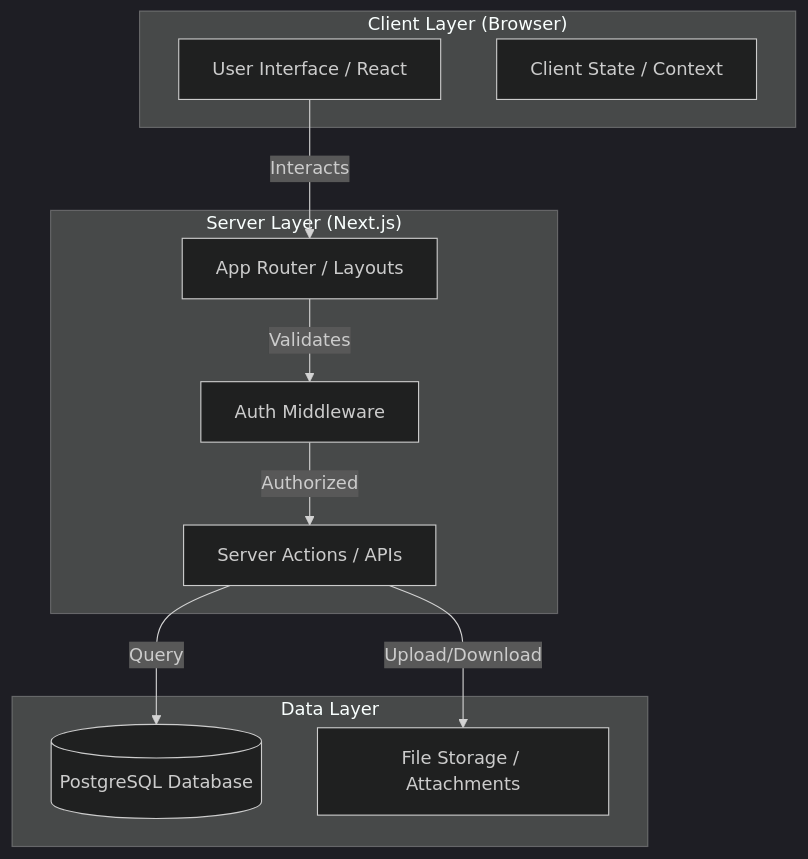
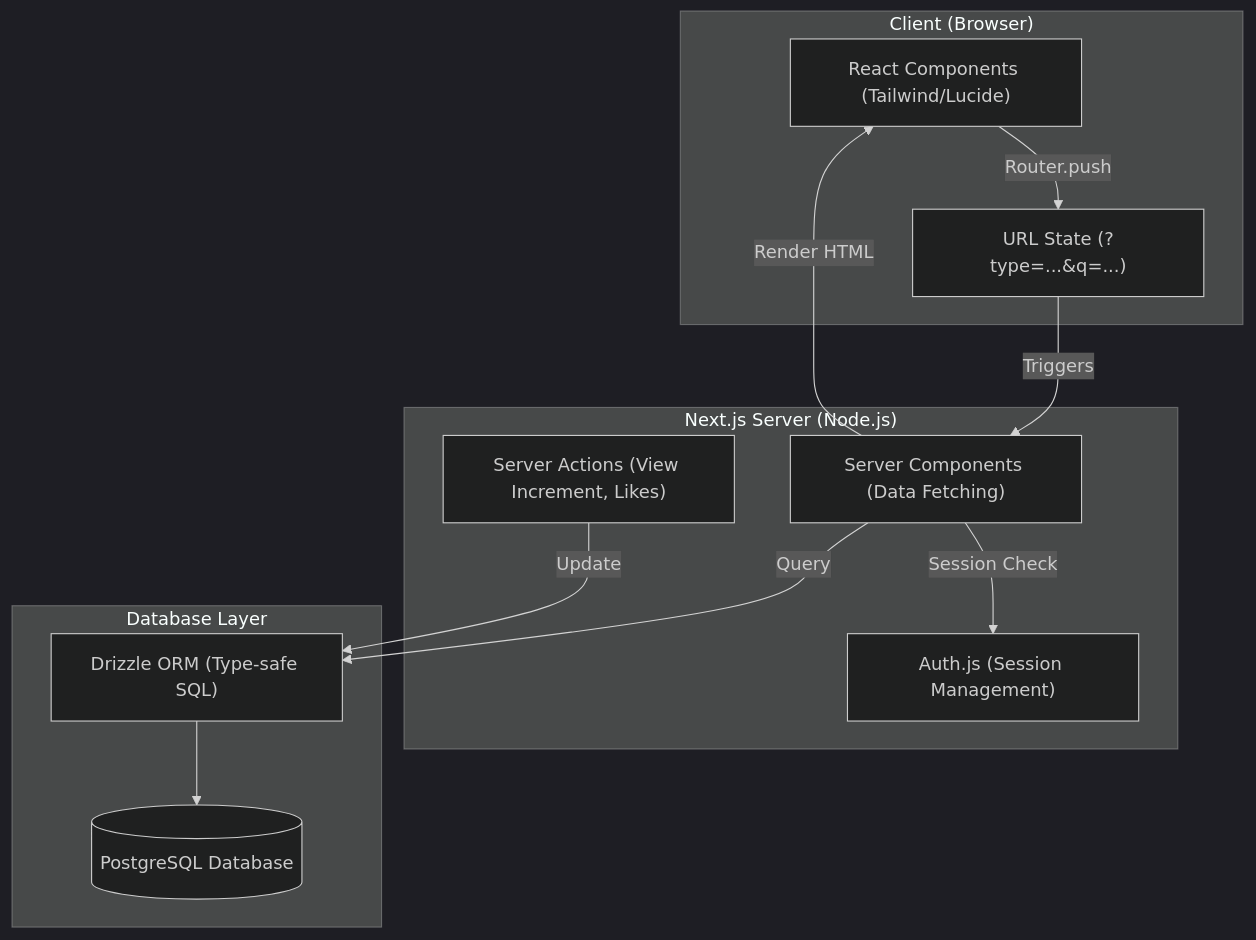
The diagram in docs/system-architecture.md (maruvici/info-hub), drawn with Mermaid (dark theme) before and after one commit. The commit also changed 13 other files, not shown here.

````diff
--- a/docs/system-architecture.md
+++ b/docs/system-architecture.md
@@ -1,24 +1,26 @@
 ```mermaid
 graph TD
-    subgraph Client ["Client Layer (Browser)"]
-        UI[User Interface / React]
-        Store[Client State / Context]
+    subgraph Client_Browser ["Client (Browser)"]
+        UI["React Components (Tailwind/Lucide)"]
+        State["URL State (?type=...&q=...)"]
     end
 
-    subgraph Server ["Server Layer (Next.js)"]
-        Router[App Router / Layouts]
-        Auth[Auth Middleware]
-        API[Server Actions / APIs]
+    subgraph NextJS_Server ["Next.js Server (Node.js)"]
+        Auth["Auth.js (Session Management)"]
+        Page["Server Components (Data Fetching)"]
+        Actions["Server Actions (View Increment, Likes)"]
     end
 
-    subgraph Data ["Data Layer"]
-        DB[(PostgreSQL Database)]
-        Blob[File Storage / Attachments]
+    subgraph Database_Layer ["Database Layer"]
+        Drizzle["Drizzle ORM (Type-safe SQL)"]
+        Postgres[(PostgreSQL Database)]
     end
 
-    UI -->|Interacts| Router
-    Router -->|Validates| Auth
-    Auth -->|Authorized| API
-    API -->|Query| DB
-    API -->|Upload/Download| Blob
+    UI -->|Router.push| State
+    State -->|Triggers| Page
+    Page -->|Session Check| Auth
+    Page -->|Query| Drizzle
+    Actions -->|Update| Drizzle
+    Drizzle --> Postgres
+    Page -->|Render HTML| UI
 ```
````
